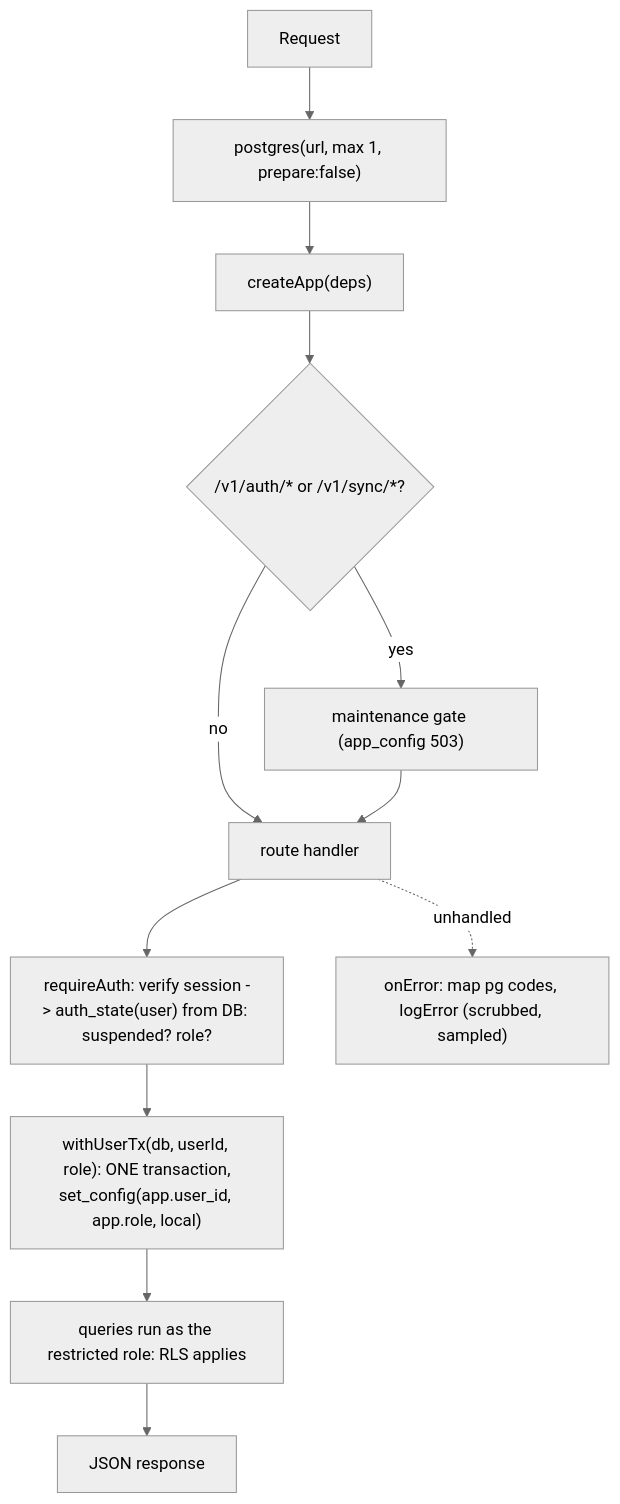
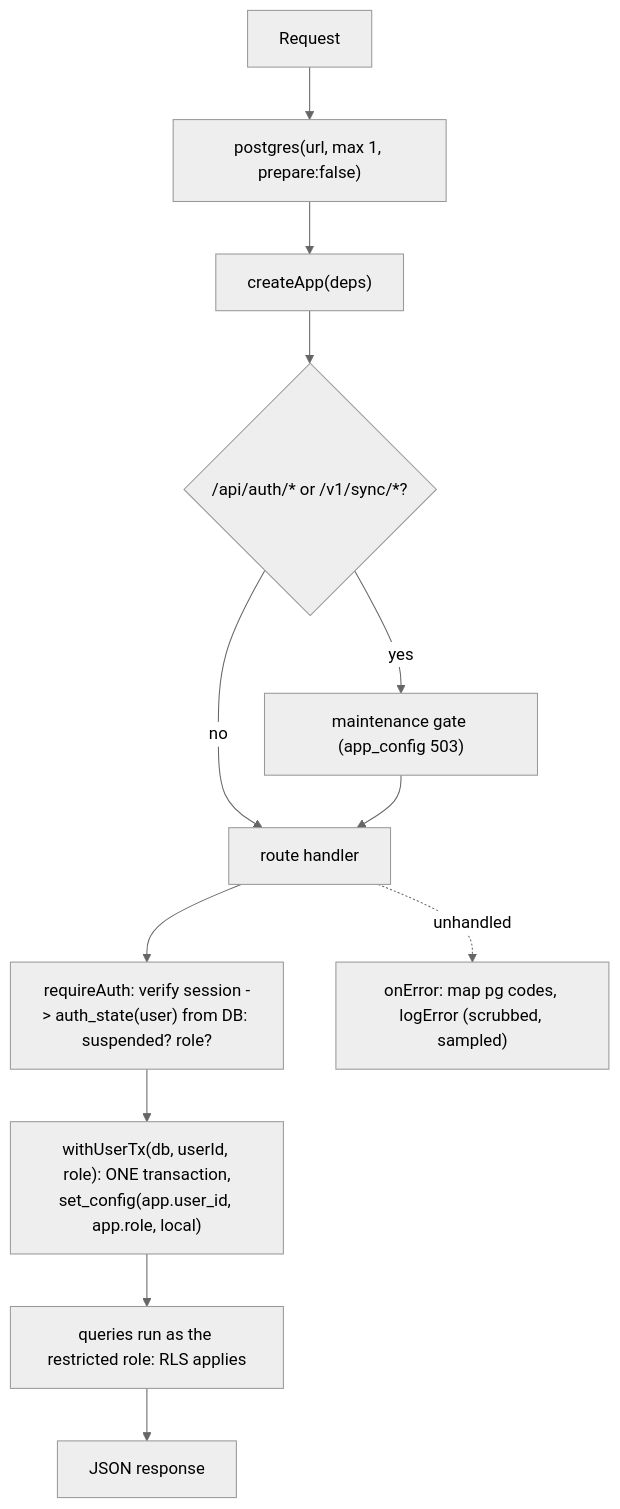
One commit to dev-electro/Notra changed the seventh of 7 diagrams in docs/ARCHITECTURE.md. Above: the diagram before and after it, drawn with Mermaid (neutral theme). The commit also changed other lines of this file and 60 other files, not shown here.

````diff
--- a/docs/ARCHITECTURE.md
+++ b/docs/ARCHITECTURE.md
@@ -275,14 +273,14 @@
 ```mermaid
 flowchart TD
   R[Request] --> CONN["postgres(url, max 1, prepare:false)"]
   CONN --> APP["createApp(deps)"]
-  APP --> M{"/v1/auth/* or /v1/sync/*?"}
+  APP --> M{"/api/auth/* or /v1/sync/*?"}
   M -- yes --> MAINT["maintenance gate (app_config 503)"]
   M -- no --> ROUTE
   MAINT --> ROUTE["route handler"]
   ROUTE --> AUTH["requireAuth: verify session -> auth_state(user) from DB: suspended? role?"]
   AUTH --> TX["withUserTx(db, userId, role): ONE transaction,<br/>set_config(app.user_id, app.role, local)"]
   TX --> SQL["queries run as the restricted role: RLS applies"]
   SQL --> OUT["JSON response"]
   ROUTE -. unhandled .-> ERR["onError: map pg codes, logError (scrubbed, sampled)"]
 ```
````
